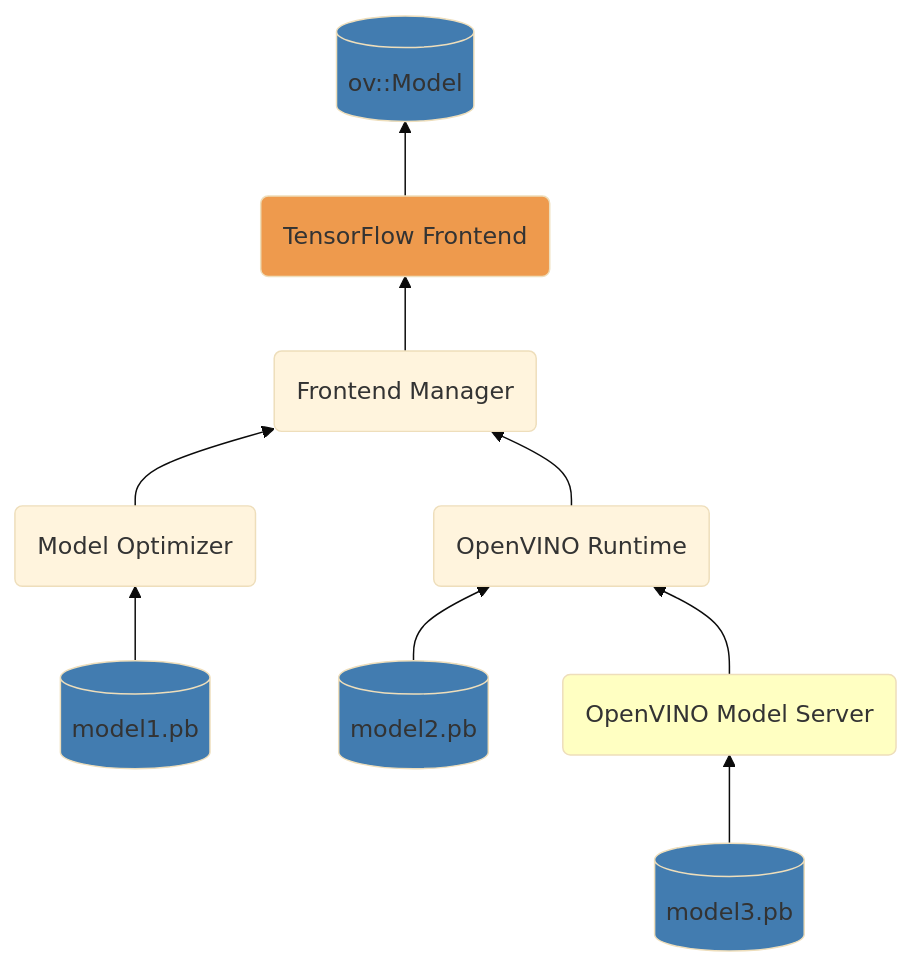
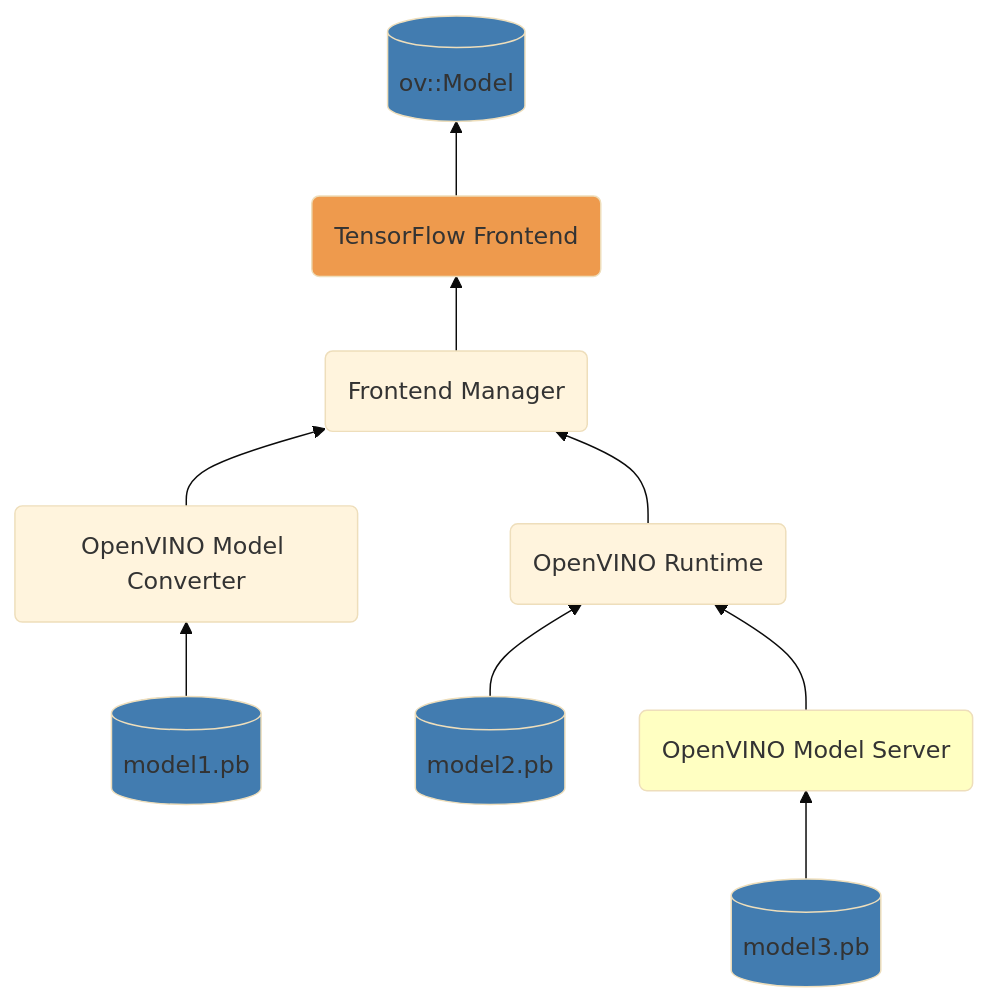
The first of 3 diagrams in src/frontends/tensorflow/README.md (openvinotoolkit/openvino), drawn with Mermaid (base theme) before and after one commit. The commit also changed other lines of this file and 48 other files, not shown here.

````diff
--- a/src/frontends/tensorflow/README.md
+++ b/src/frontends/tensorflow/README.md
@@ -9,23 +9,23 @@
 ```mermaid
 flowchart BT
     model[(model1.pb)]
     style model fill:#427cb0
     model2[(model2.pb)]
     style model2 fill:#427cb0
     model3[(model3.pb)]
     style model3 fill:#427cb0
     ov_model[(ov::Model)]
     style ov_model fill:#427cb0
     ovms(OpenVINO Model Server)
     style ovms fill:#ffffc2
     tf_fe(TensorFlow Frontend)
     style tf_fe fill:#ee9a4d
     fem(Frontend Manager)
-    mo(Model Optimizer)
+    ovc(OpenVINO Model Converter)
     ov_runtime(OpenVINO Runtime)
-    model --> mo --> fem --> tf_fe
+    model --> ovc --> fem --> tf_fe
     model2 --> ov_runtime --> fem
     model3 --> ovms --> ov_runtime
     tf_fe --> ov_model
     click ovms "https://github.com/openvinotoolkit/model_server"
 ```
````
